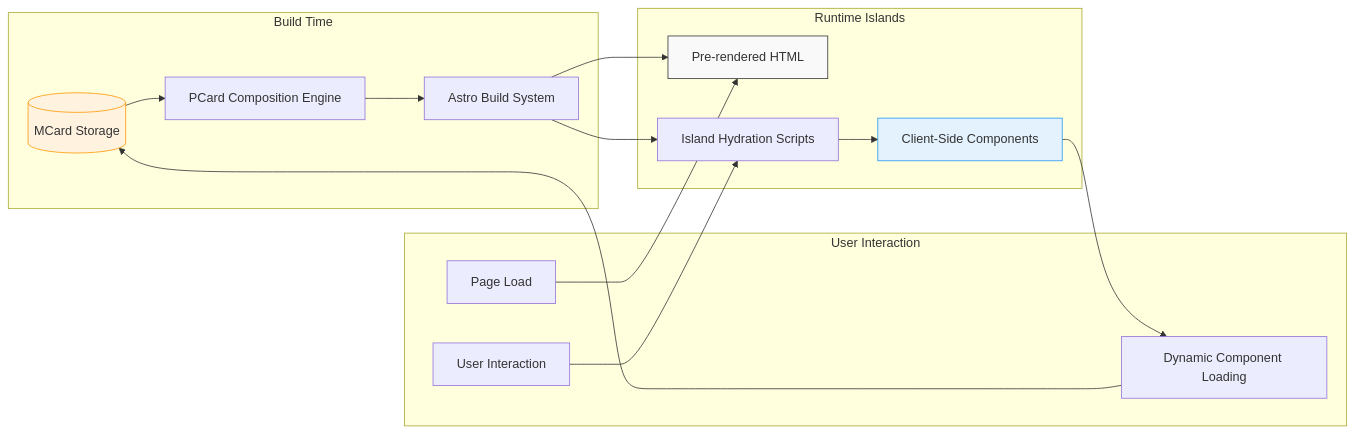
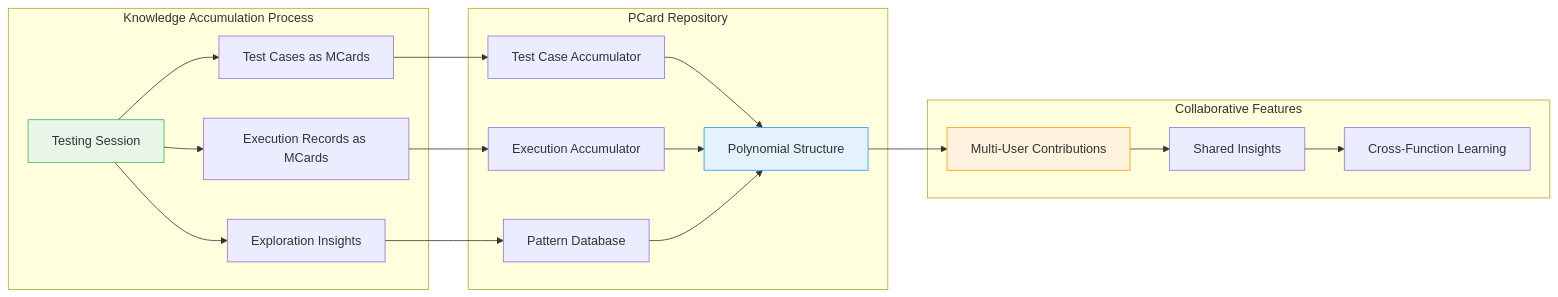
One commit to githubhenrykoo/PKC changed the eighth of 14 diagrams in Docs/PKC.md. Above: the diagram before and after it, drawn with Mermaid. The commit also changed other lines of this file and 4 other files, not shown here.

````diff
--- a/Docs/PKC.md
+++ b/Docs/PKC.md
@@ -636,36 +597,43 @@
 ```mermaid
 %%{init: {"flowchart": {"htmlLabels": true}}}%%
 graph LR
-    subgraph "Build Time"
-        MCards[(MCard Storage)]
-        PCardEngine[PCard Composition Engine]
-        AstroBuilder[Astro Build System]
+    subgraph "Knowledge Accumulation Process"
+        TestSession[Testing Session]
+        TestCases[Test Cases as MCards]
+        ExecutionRecords[Execution Records as MCards]
+        Insights[Exploration Insights]
     end
     
-    subgraph "Runtime Islands"
-        StaticHTML[Pre-rendered HTML]
-        HydrationScript[Island Hydration Scripts]
-        InteractiveComponent[Client-Side Components]
+    subgraph "PCard Repository"
+        Polynomial[Polynomial Structure]
+        TestAccumulator[Test Case Accumulator]
+        ExecAccumulator[Execution Accumulator]
+        PatternDB[Pattern Database]
     end
     
-    subgraph "User Interaction"
-        PageLoad[Page Load]
-        UserAction[User Interaction]
-        DynamicLoad[Dynamic Component Loading]
+    subgraph "Collaborative Features"
+        MultiUser[Multi-User Contributions]
+        SharedInsights[Shared Insights]
+        CrossFunction[Cross-Function Learning]
     end
     
-    MCards --> PCardEngine
-    PCardEngine --> AstroBuilder
-    AstroBuilder --> StaticHTML
-    AstroBuilder --> HydrationScript
+    TestSession --> TestCases
+    TestSession --> ExecutionRecords
+    TestSession --> Insights
     
-    PageLoad --> StaticHTML
-    UserAction --> HydrationScript
-    HydrationScript --> InteractiveComponent
-    InteractiveComponent --> DynamicLoad
-    DynamicLoad --> MCards
+    TestCases --> TestAccumulator
+    ExecutionRecords --> ExecAccumulator
+    Insights --> PatternDB
     
-    style StaticHTML fill:#f9f9f9,stroke:#333
-    style InteractiveComponent fill:#e3f2fd,stroke:#2196f3
-    style MCards fill:#fff3e0,stroke:#ff9800
+    TestAccumulator --> Polynomial
+    ExecAccumulator --> Polynomial
+    PatternDB --> Polynomial
+    
+    Polynomial --> MultiUser
+    MultiUser --> SharedInsights
+    SharedInsights --> CrossFunction
+    
+    style TestSession fill:#e8f5e9,stroke:#4caf50
+    style Polynomial fill:#e3f2fd,stroke:#2196f3
+    style MultiUser fill:#fff3e0,stroke:#ff9800
 ```
````
